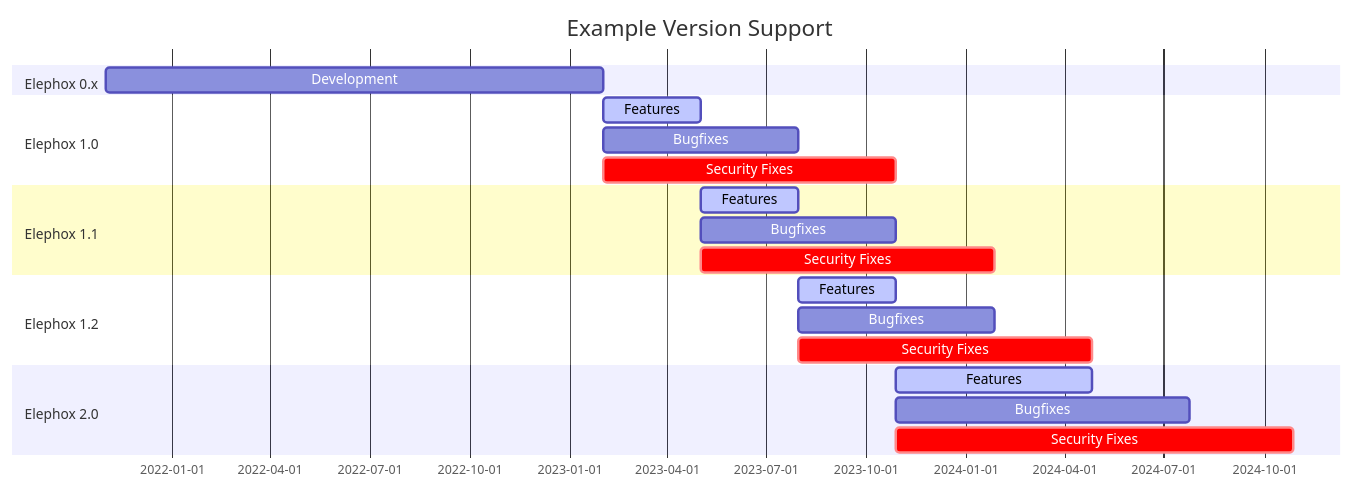
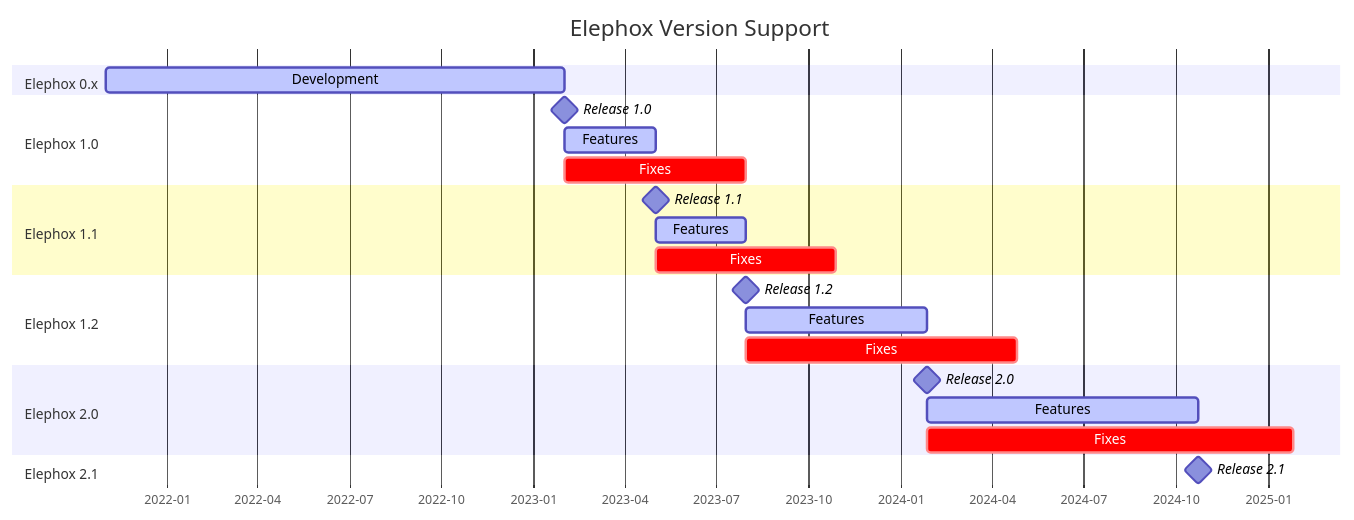
The third of 3 diagrams in content/v/develop/contributing/workflow.md (elephox-dev/docs), drawn with Mermaid before and after one commit. The commit also changed other lines of this file, not shown here.

````diff
--- a/content/v/develop/contributing/workflow.md
+++ b/content/v/develop/contributing/workflow.md
@@ -44,28 +84,32 @@
 ```mermaid
 gantt
-  title Example Version Support
+  title Elephox Version Support
   dateFormat YYYY-MM-DD
+  axisFormat %Y-%m
 
   section Elephox 0.x
-  Development           :        d0-0, 2021-11-01, 2023-02-01
+  Development           :active, d0-0, 2021-11-01, 2023-02-01
 
   section Elephox 1.0
-  Features              :active, f1-0, after d0-0, 90d
-  Bugfixes              :        b1-0, after d0-0, 180d
-  Security Fixes        :crit,   s1-0, after d0-0, 270d
+  Release 1.0           :milestone, m1-0, after d0-0, 0
+  Features              :active,    f1-0, after d0-0, 90d
+  Fixes                 :crit,      b1-0, after d0-0, 180d
 
   section Elephox 1.1
-  Features              :active, f1-1, after f1-0, 90d
-  Bugfixes              :        b1-1, after f1-0, 180d
-  Security Fixes        :crit,   s1-1, after f1-0, 270d
+  Release 1.1           :milestone, m1-1, after f1-0, 0
+  Features              :active,    f1-1, after f1-0, 90d
+  Fixes                 :crit,      b1-1, after f1-0, 180d
 
   section Elephox 1.2
-  Features              :active, f1-2, after f1-1, 90d
-  Bugfixes              :        b1-2, after f1-1, 180d
-  Security Fixes        :crit,   s1-2, after f1-1, 270d
+  Release 1.2           :milestone, m1-2, after f1-1, 0
+  Features              :active,    f1-2, after f1-1, 180d
+  Fixes                 :crit,      b1-2, after f1-1, 270d
 
   section Elephox 2.0
-  Features              :active, f2-0, after f1-2, 180d
-  Bugfixes              :        b2-0, after f1-2, 270d
-  Security Fixes        :crit,   s2-0, after f1-2, 365d
+  Release 2.0           :milestone, m2-0, after f1-2, 0
+  Features              :active,    f2-0, after f1-2, 270d
+  Fixes                 :crit,      b2-0, after f1-2, 365d
+
+  section Elephox 2.1
+  Release 2.1           :milestone, m2-1, after f2-0, 0
 ```
````
